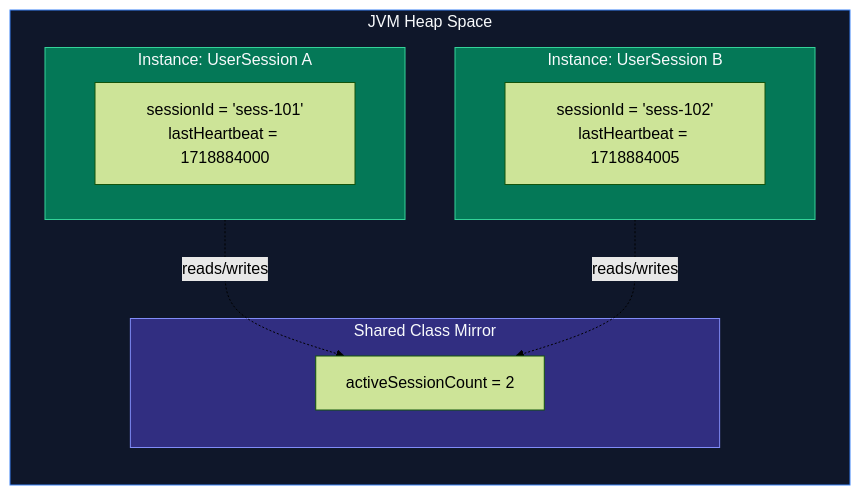
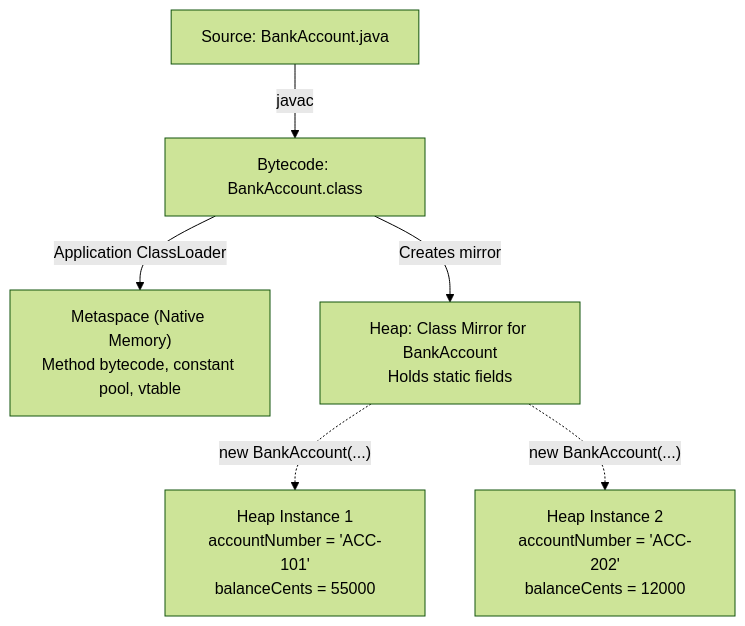
Before and after one commit to ravishankar2463/java_hub: the first of 3 diagrams in content/roadmap/level-1/classes-and-objects.md, drawn with Mermaid (forest theme). The commit also changed other lines of this file and 119 other files, not shown here.

Commit message:
feat: add comprehensive java learning roadmap content across multiple levels

````diff
--- a/content/roadmap/level-1/classes-and-objects.md
+++ b/content/roadmap/level-1/classes-and-objects.md
@@ -94,22 +71,8 @@
 ```mermaid
-flowchart LR
-    subgraph Heap ["JVM Heap Space"]
-        subgraph Shared ["Shared Class Mirror"]
-            StaticCount["activeSessionCount = 2"]
-        end
-        subgraph InstA ["Instance: UserSession A"]
-            S_A["sessionId = 'sess-101'<br/>lastHeartbeat = 1718884000"]
-        end
-        subgraph InstB ["Instance: UserSession B"]
-            S_B["sessionId = 'sess-102'<br/>lastHeartbeat = 1718884005"]
-        end
-    end
-
-    InstA -.->|"reads/writes"| StaticCount
-    InstB -.->|"reads/writes"| StaticCount
-
-    style Heap fill:#0f172a,stroke:#3b82f6,color:#f8fafc
-    style Shared fill:#312e81,stroke:#818cf8,color:#f8fafc
-    style InstA fill:#047857,stroke:#34d399,color:#f8fafc
-    style InstB fill:#047857,stroke:#34d399,color:#f8fafc
+flowchart TD
+    src["Source: BankAccount.java"] -->|"javac"| bc["Bytecode: BankAccount.class"]
+    bc -->|"Application ClassLoader"| meta["Metaspace (Native Memory)<br/>Method bytecode, constant pool, vtable"]
+    bc -->|"Creates mirror"| mirror["Heap: Class Mirror for BankAccount<br/>Holds static fields"]
+    mirror -.->|"new BankAccount(...)"| inst1["Heap Instance 1<br/>accountNumber = 'ACC-101'<br/>balanceCents = 55000"]
+    mirror -.->|"new BankAccount(...)"| inst2["Heap Instance 2<br/>accountNumber = 'ACC-202'<br/>balanceCents = 12000"]
 ```
````
